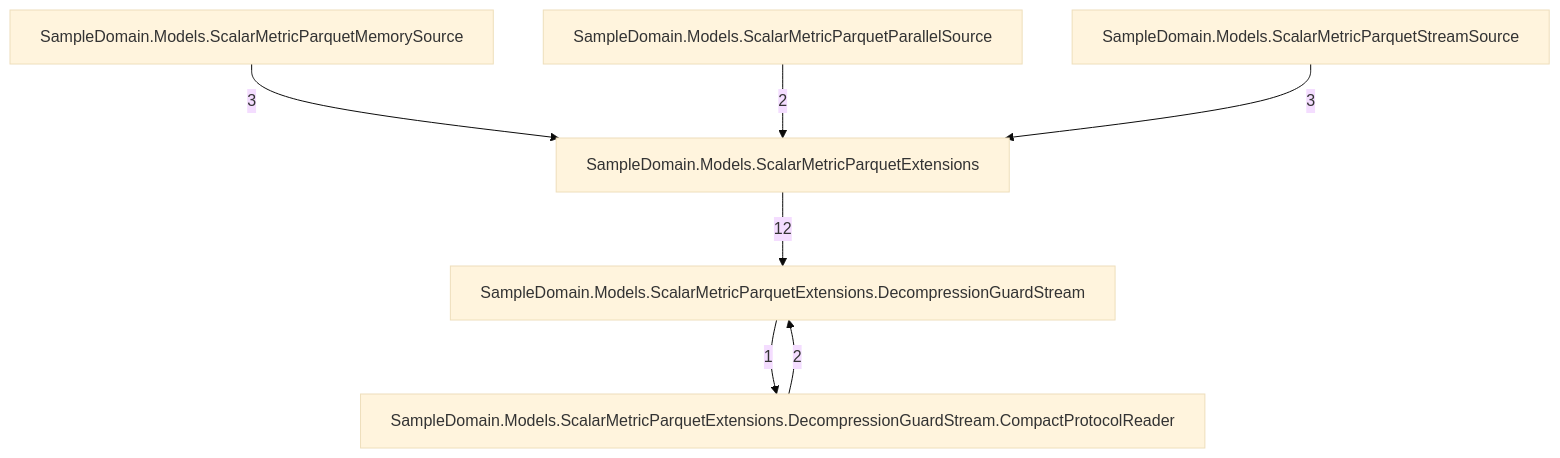
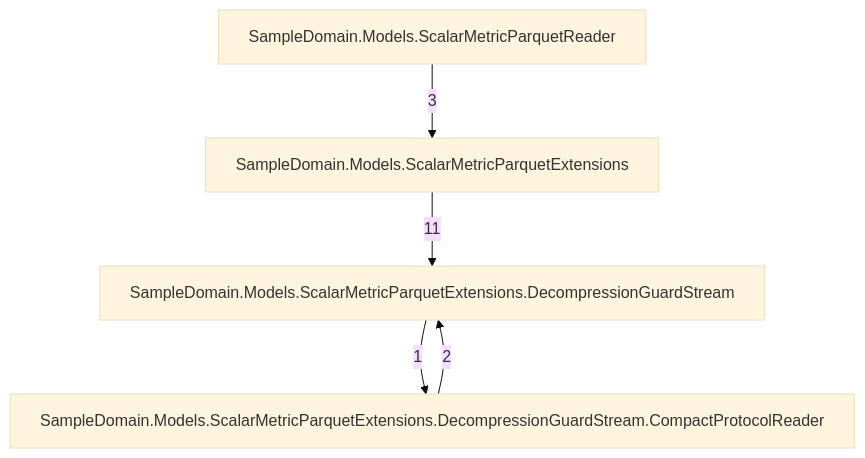
The sixth of 7 diagrams in docs/callgraph-generated.md (rtkelly13/Parquet.SourceGenerator), drawn with Mermaid (base theme) before and after one commit. The commit also changed other lines of this file and 103 other files, not shown here.

````diff
--- a/docs/callgraph-generated.md
+++ b/docs/callgraph-generated.md
@@ -98,15 +82,11 @@
 ```mermaid
 graph TD
     tsampledomainmodelsscalarmetricparquetextensions_049["SampleDomain.Models.ScalarMetricParquetExtensions"]
     tsampledomainmodelsscalarmetricparquetextensionsdecompressionguardstream_074["SampleDomain.Models.ScalarMetricParquetExtensions.DecompressionGuardStream"]
     tsampledomainmodelsscalarmetricparquetextensionsdecompressionguardstreamcompactprotocolreader_096["SampleDomain.Models.ScalarMetricParquetExtensions.DecompressionGuardStream.CompactProtocolReader"]
-    tsampledomainmodelsscalarmetricparquetmemorysource_051["SampleDomain.Models.ScalarMetricParquetMemorySource"]
-    tsampledomainmodelsscalarmetricparquetparallelsource_053["SampleDomain.Models.ScalarMetricParquetParallelSource"]
-    tsampledomainmodelsscalarmetricparquetstreamsource_051["SampleDomain.Models.ScalarMetricParquetStreamSource"]
+    tsampledomainmodelsscalarmetricparquetreader_045["SampleDomain.Models.ScalarMetricParquetReader"]
     tsampledomainmodelsscalarmetricparquetextensionsdecompressionguardstreamcompactprotocolreader_096 -->|2| tsampledomainmodelsscalarmetricparquetextensionsdecompressionguardstream_074
     tsampledomainmodelsscalarmetricparquetextensionsdecompressionguardstream_074 -->|1| tsampledomainmodelsscalarmetricparquetextensionsdecompressionguardstreamcompactprotocolreader_096
-    tsampledomainmodelsscalarmetricparquetextensions_049 -->|12| tsampledomainmodelsscalarmetricparquetextensionsdecompressionguardstream_074
-    tsampledomainmodelsscalarmetricparquetmemorysource_051 -->|3| tsampledomainmodelsscalarmetricparquetextensions_049
-    tsampledomainmodelsscalarmetricparquetparallelsource_053 -->|2| tsampledomainmodelsscalarmetricparquetextensions_049
-    tsampledomainmodelsscalarmetricparquetstreamsource_051 -->|3| tsampledomainmodelsscalarmetricparquetextensions_049
+    tsampledomainmodelsscalarmetricparquetextensions_049 -->|11| tsampledomainmodelsscalarmetricparquetextensionsdecompressionguardstream_074
+    tsampledomainmodelsscalarmetricparquetreader_045 -->|3| tsampledomainmodelsscalarmetricparquetextensions_049
 ```
````
